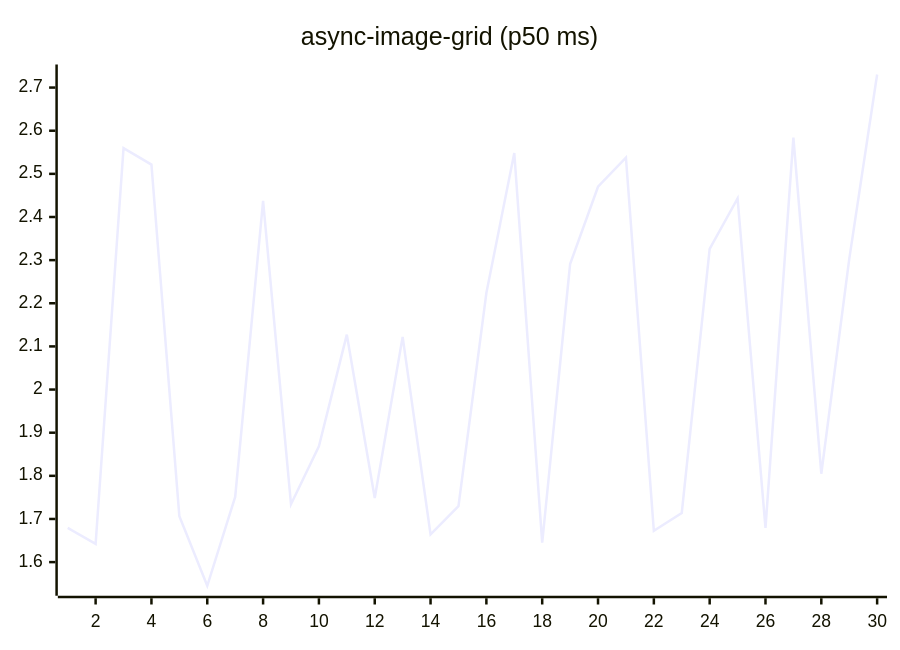
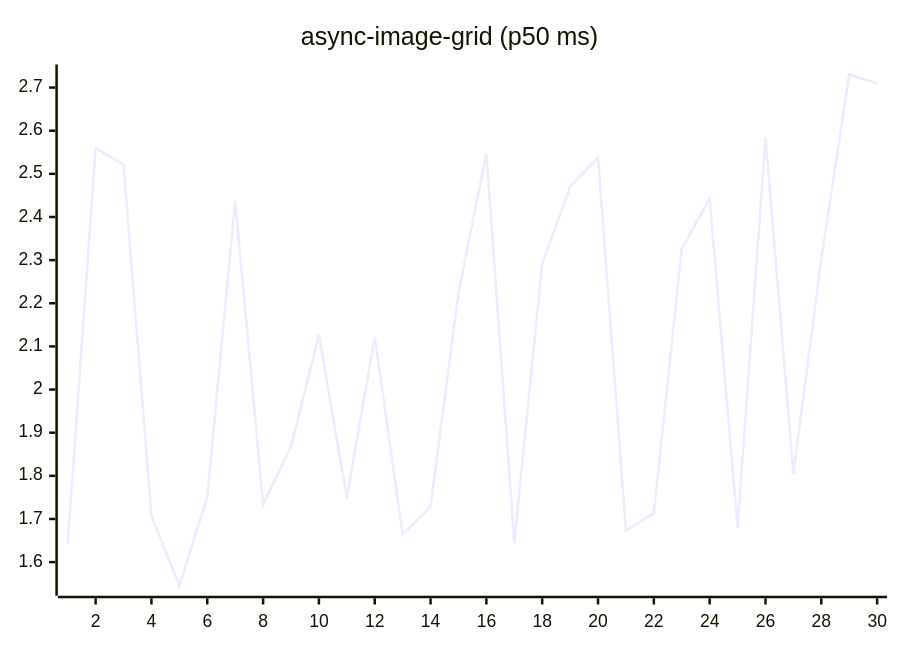
The fifth of 27 diagrams in README.md (josha/Facet), drawn with Mermaid before and after one commit. The commit also changed other lines of this file and 2 other files, not shown here.

````diff
--- a/README.md
+++ b/README.md
@@ -91,6 +91,6 @@
 ```mermaid
 xychart-beta
     title "async-image-grid (p50 ms)"
     x-axis 1 --> 30
-    line [1.6792, 1.6424, 2.5597, 2.5214, 1.7066, 1.5452, 1.7512, 2.4372, 1.7341, 1.8684, 2.1272, 1.7487, 2.1221, 1.6642, 1.7295, 2.2238, 2.5483, 1.6449, 2.2910, 2.4702, 2.5376, 1.6727, 1.7140, 2.3260, 2.4429, 1.6792, 2.5838, 1.8048, 2.3022, 2.7303]
+    line [1.6424, 2.5597, 2.5214, 1.7066, 1.5452, 1.7512, 2.4372, 1.7341, 1.8684, 2.1272, 1.7487, 2.1221, 1.6642, 1.7295, 2.2238, 2.5483, 1.6449, 2.2910, 2.4702, 2.5376, 1.6727, 1.7140, 2.3260, 2.4429, 1.6792, 2.5838, 1.8048, 2.3022, 2.7303, 2.7101]
 ```
````
